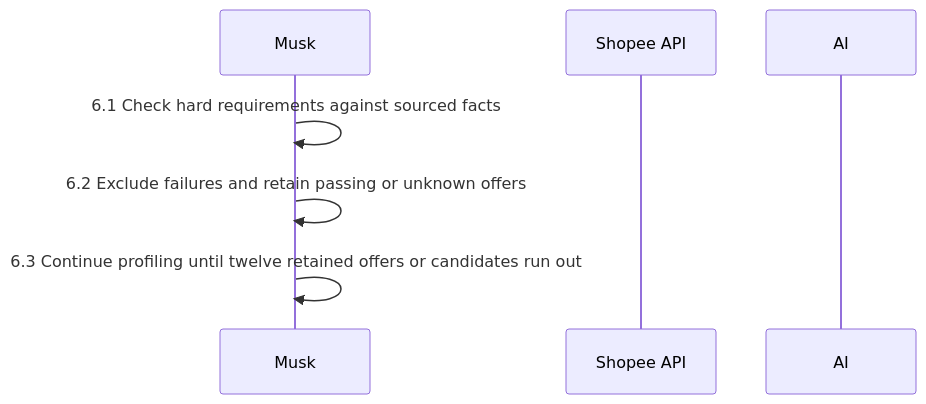
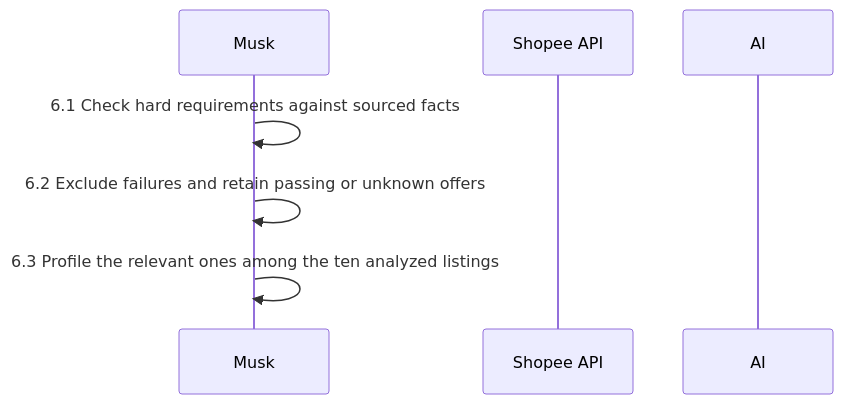
One commit to hqdung99/elon-musk-hackathon changed the seventh of 11 diagrams in sources/musk/specs/plan.md. Above: the diagram before and after it, drawn with Mermaid. The commit also changed other lines of this file and 23 other files, not shown here.

````diff
--- a/sources/musk/specs/plan.md
+++ b/sources/musk/specs/plan.md
@@ -372,9 +373,9 @@
 ```mermaid
 sequenceDiagram
     participant M as Musk
     participant S as Shopee API
     participant A as AI
     M->>M: 6.1 Check hard requirements against sourced facts
     M->>M: 6.2 Exclude failures and retain passing or unknown offers
-    M->>M: 6.3 Continue profiling until twelve retained offers or candidates run out
+    M->>M: 6.3 Profile the relevant ones among the ten analyzed listings
 ```
````
